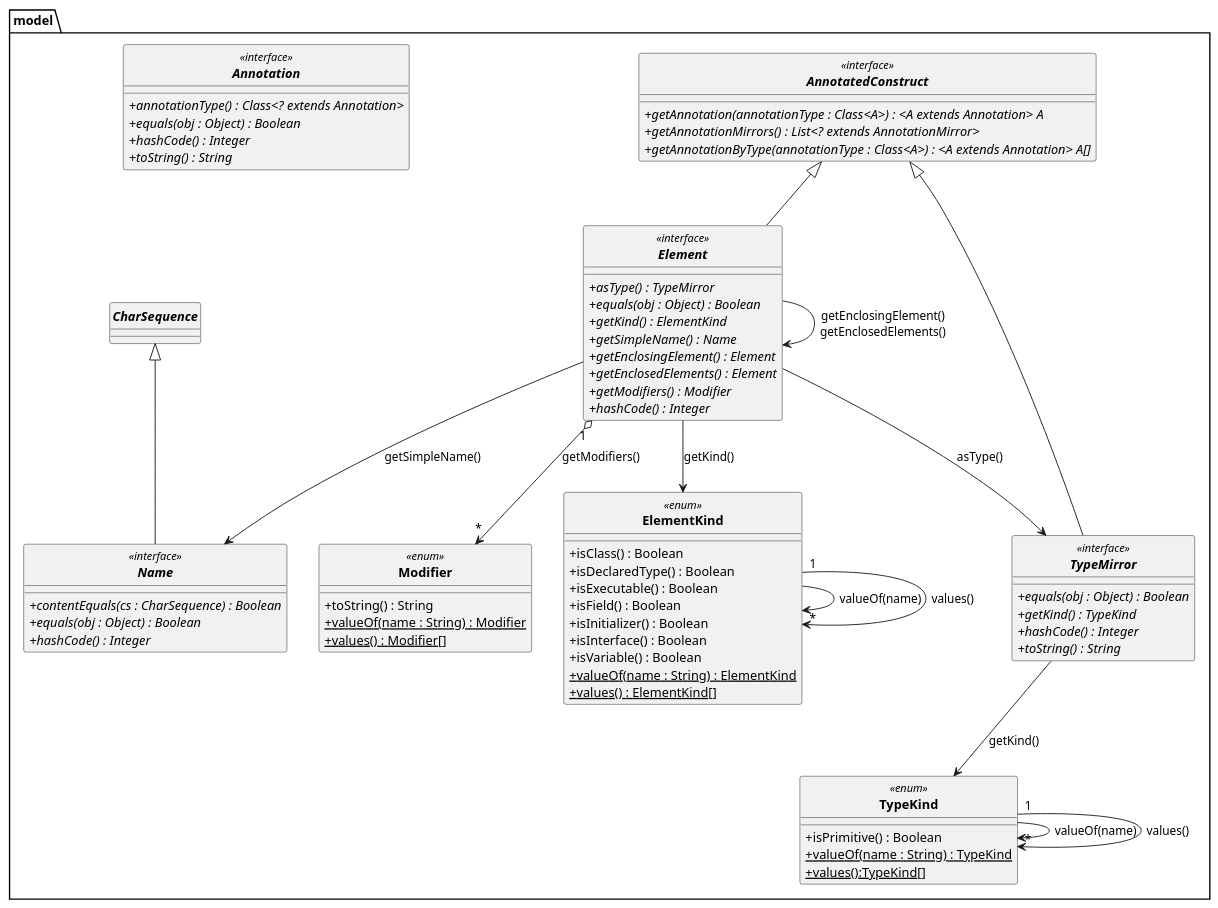
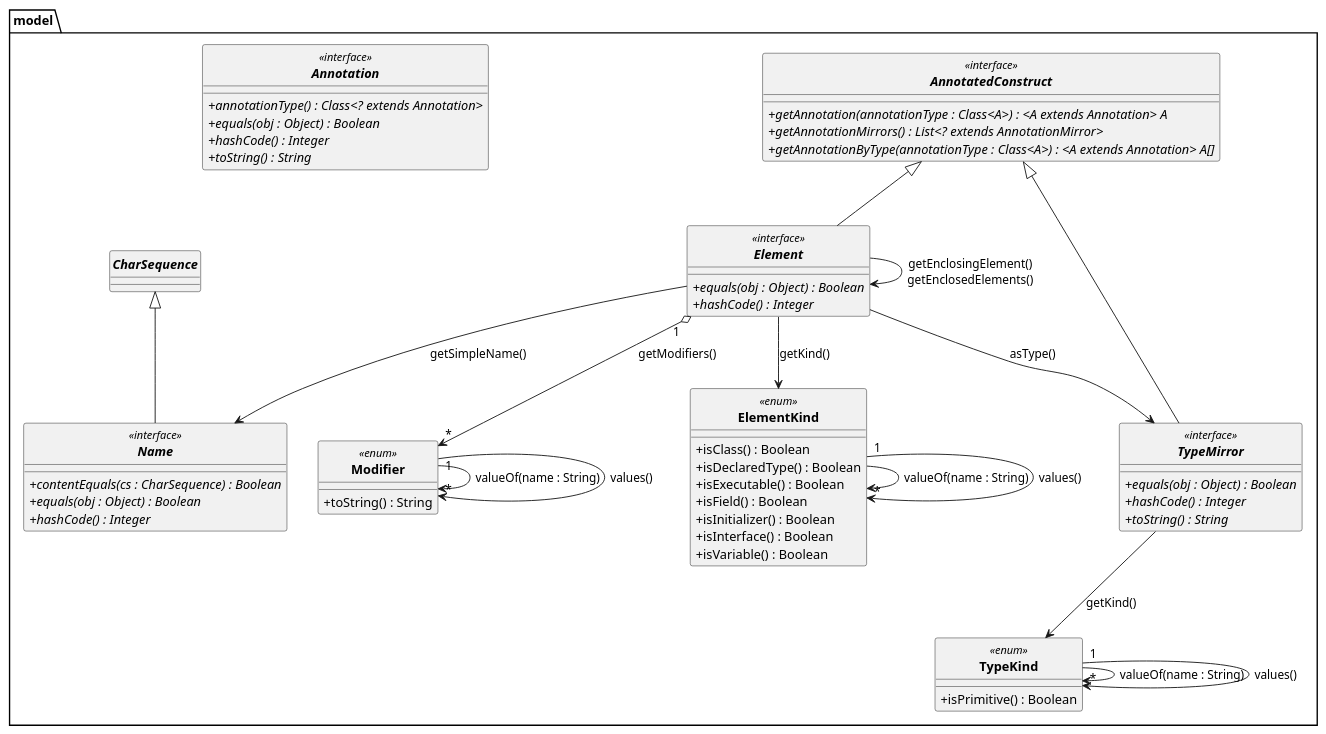
One commit to D3B1RUM4N/PumlFromJava changed the diagram in puml/DiagrammesAPI/DccApi.puml. Above: the diagram before and after it, drawn with PlantUML. The commit also changed 2 other files, not shown here.

Commit message:
Modifications de tous les diagrammes

```diff
--- a/puml/DiagrammesAPI/DccApi.puml
+++ b/puml/DiagrammesAPI/DccApi.puml
@@ -1,86 +1,77 @@
 @startuml
 'https://plantuml.com/sequence-diagram
 
 skinparam classAttributeIconSize 0
 skinparam classFontStyle Bold
 skinparam style strictuml
 
 package model{
     interface AnnotatedConstruct <<interface>>{
         'A - the annotation interface
         + {abstract}getAnnotation(annotationType : Class<A>) : <A extends Annotation> A
         + {abstract}getAnnotationMirrors() : List<? extends AnnotationMirror>
         + {abstract}getAnnotationByType(annotationType : Class<A>) : <A extends Annotation> A[]
         }
 
 
     interface Element <<interface>> extends AnnotatedConstruct{
-        + {abstract}asType() : TypeMirror
         + {abstract}equals(obj : Object) : Boolean
-        + {abstract}getKind() : ElementKind
-        + {abstract}getSimpleName() : Name
-        + {abstract}getEnclosingElement() : Element
-        + {abstract}getEnclosedElements() : Element
-        + {abstract}getModifiers() : Modifier
         + {abstract}hashCode() : Integer
     }
 
     interface Annotation <<interface>>{
         +{abstract}annotationType() : Class<? extends Annotation>
         + {abstract}equals(obj : Object) : Boolean
         + {abstract}hashCode() : Integer
         + {abstract}toString() : String
     }
 
     interface Name <<interface>> extends CharSequence{
         +{abstract}contentEquals(cs : CharSequence) : Boolean
         +{abstract}equals(obj : Object) : Boolean
         +{abstract}hashCode() : Integer
     }
 
     enum Modifier <<enum>>{
         +toString() : String
-        +valueOf(name : String) : Modifier {static}
-        +{static}values() : Modifier[]
+
     }
 
     enum ElementKind <<enum>>{
         +isClass() : Boolean
         +isDeclaredType() : Boolean
         +isExecutable() : Boolean
         +isField() : Boolean
         +isInitializer() : Boolean
         +isInterface() : Boolean
         +isVariable() : Boolean
-        +{static}valueOf(name : String) : ElementKind
-        +{static}values() : ElementKind[]
+
     }
 
     interface TypeMirror <<interface>> extends AnnotatedConstruct{
          + {abstract}equals(obj : Object) : Boolean
-         + {abstract}getKind() : TypeKind
          + {abstract}hashCode() : Integer
          + {abstract}toString() : String
     }
 
     enum TypeKind <<enum>>{
         + isPrimitive() : Boolean
-        +{static}valueOf(name : String) : TypeKind
-        +{static}values():TypeKind[]
     }
 
 Element --> Element : getEnclosingElement()\ngetEnclosedElements()
 Element --> TypeMirror : asType()
 Element "1" o--> "*" Modifier : getModifiers()
 Element --> ElementKind : getKind()
 Element --> Name : getSimpleName()
-ElementKind --> ElementKind : valueOf(name)
+ElementKind --> ElementKind : valueOf(name : String)
 ElementKind "1" --> "*" ElementKind : values()
 TypeMirror --> TypeKind : getKind()
-TypeKind --> TypeKind : valueOf(name)
+TypeKind --> TypeKind : valueOf(name : String)
 TypeKind "1" --> "*" TypeKind : values()
+Modifier --> Modifier: valueOf(name : String)
+Modifier "1" --> "*" Modifier : values()
 
 
 
 }
 @enduml
```
